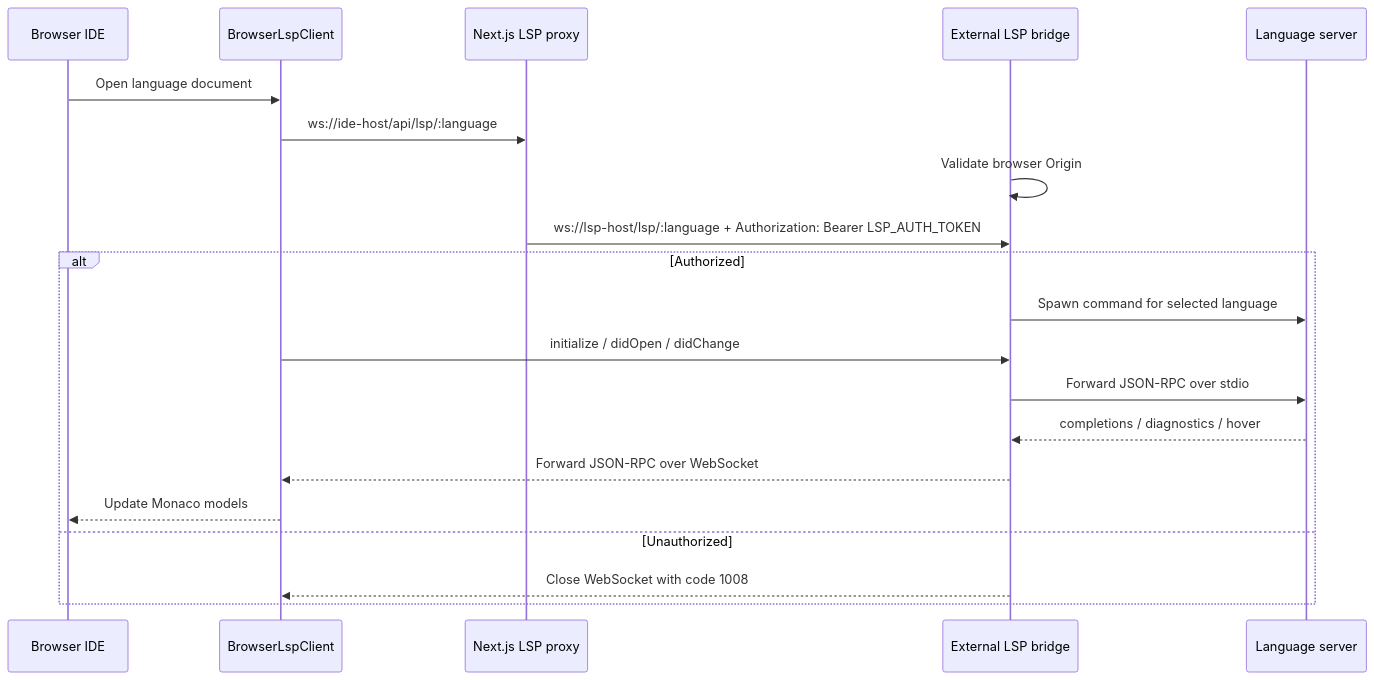
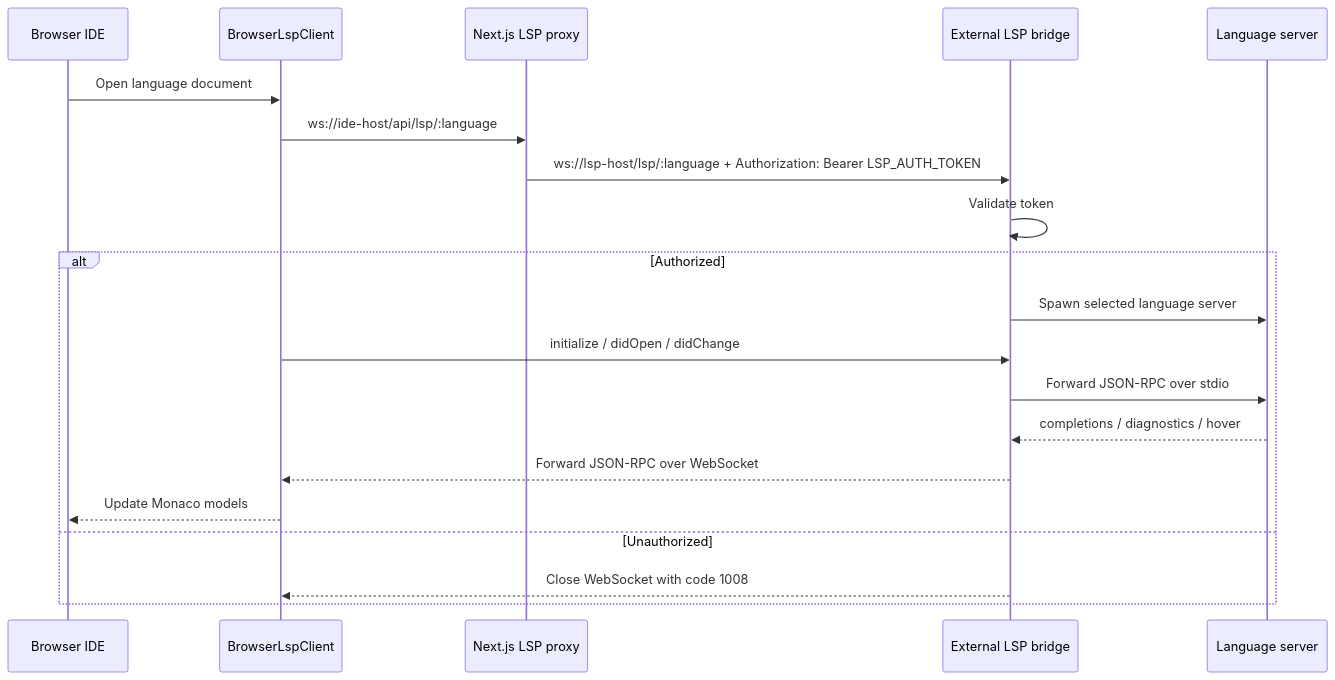
The second of 2 diagrams in README.md (OnlineJudgeBo/patito-ide-lsp-server), drawn with Mermaid before and after one commit. The commit also changed other lines of this file and 2 other files, not shown here.

````diff
--- a/README.md
+++ b/README.md
@@ -37,23 +44,23 @@
 ```mermaid
 sequenceDiagram
   participant B as Browser IDE
   participant C as BrowserLspClient
   participant P as Next.js LSP proxy
   participant W as External LSP bridge
   participant L as Language server
 
   B->>C: Open language document
   C->>P: ws://ide-host/api/lsp/:language
-  W->>W: Validate browser Origin
   P->>W: ws://lsp-host/lsp/:language + Authorization: Bearer LSP_AUTH_TOKEN
+  W->>W: Validate token
   alt Authorized
-    W->>L: Spawn command for selected language
+    W->>L: Spawn selected language server
     C->>W: initialize / didOpen / didChange
     W->>L: Forward JSON-RPC over stdio
     L-->>W: completions / diagnostics / hover
     W-->>C: Forward JSON-RPC over WebSocket
     C-->>B: Update Monaco models
   else Unauthorized
     W-->>C: Close WebSocket with code 1008
   end
 ```
````
